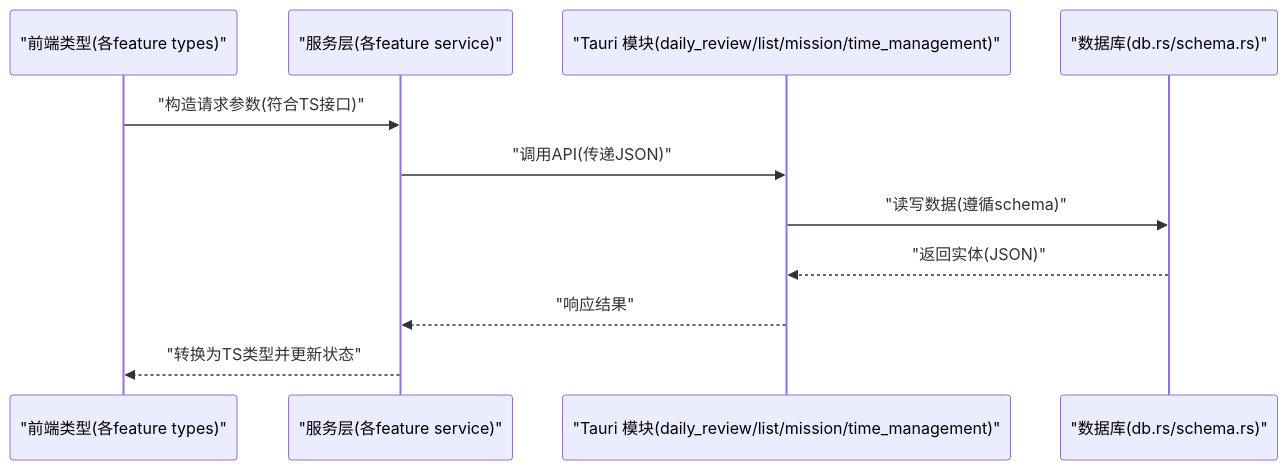
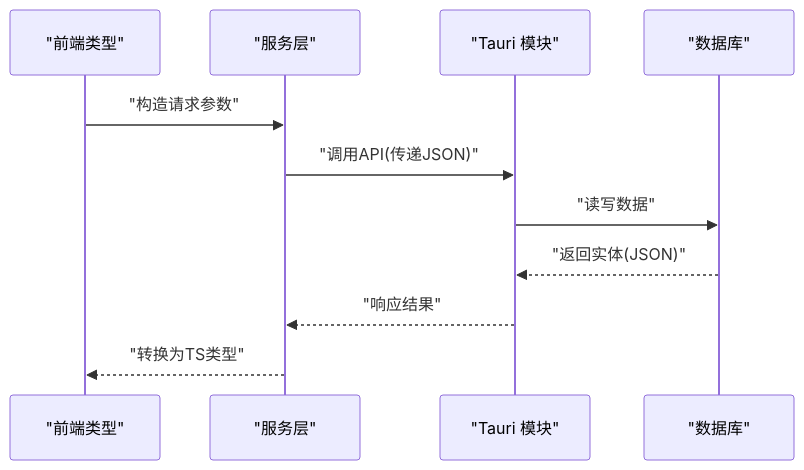
The second of 2 diagrams in .qoder/repowiki/zh/content/API 参考文档/数据类型定义.md (gzdxhujiale/FishWorker), drawn with Mermaid before and after one commit. The commit also changed other lines of this file and 51 other files, not shown here.

````diff
--- a/.qoder/repowiki/zh/content/API 参考文档/数据类型定义.md
+++ b/.qoder/repowiki/zh/content/API 参考文档/数据类型定义.md
@@ -139,13 +148,13 @@
 ```mermaid
 sequenceDiagram
-participant FE as "前端类型(各feature types)"
-participant SVC as "服务层(各feature service)"
-participant TAURI as "Tauri 模块(daily_review/list/mission/time_management)"
-participant DB as "数据库(db.rs/schema.rs)"
-FE->>SVC : "构造请求参数(符合TS接口)"
+participant FE as "前端类型"
+participant SVC as "服务层"
+participant TAURI as "Tauri 模块"
+participant DB as "数据库"
+FE->>SVC : "构造请求参数"
 SVC->>TAURI : "调用API(传递JSON)"
-TAURI->>DB : "读写数据(遵循schema)"
+TAURI->>DB : "读写数据"
 DB-->>TAURI : "返回实体(JSON)"
 TAURI-->>SVC : "响应结果"
-SVC-->>FE : "转换为TS类型并更新状态"
+SVC-->>FE : "转换为TS类型"
 ```
````
